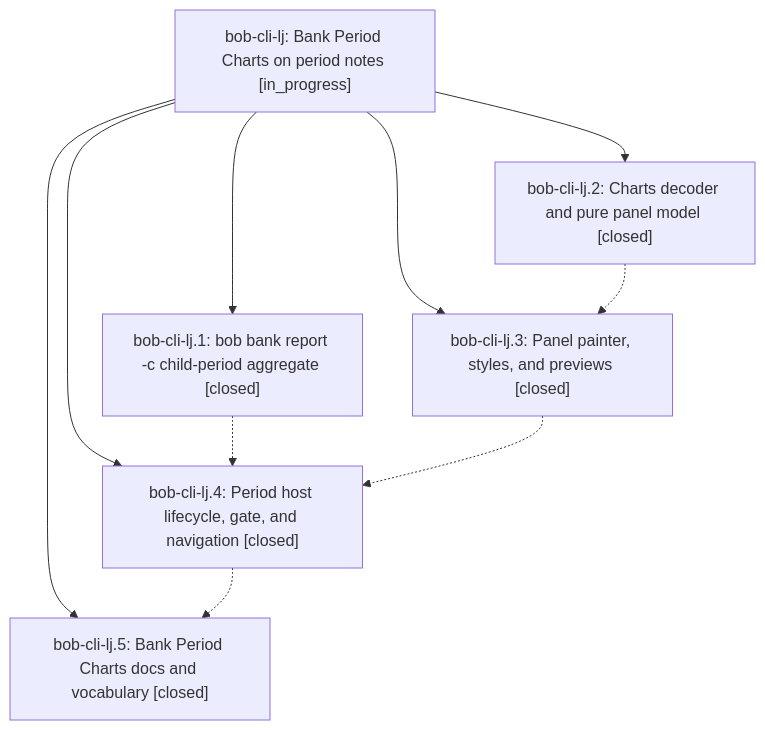
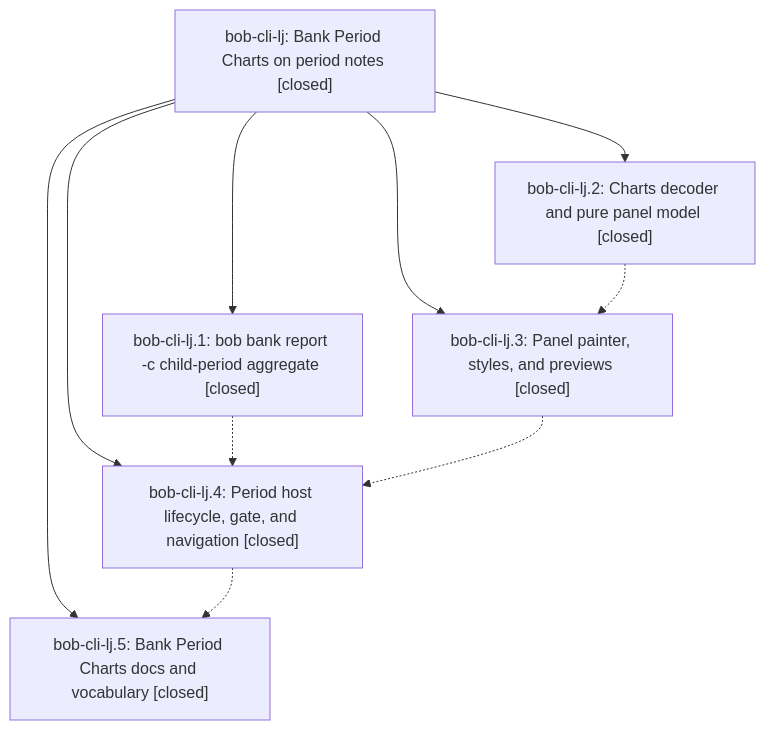
One commit to bobs-org/bob-cli--beads changed the diagram in pages/bob-cli-lj/README.md. Above: the diagram before and after it, drawn with Mermaid. The commit also changed other lines of this file and 1 other file, not shown here.

First line of the commit message:
chore(beads): sync bead state and pages for bob-cli-lj

````diff
--- a/pages/bob-cli-lj/README.md
+++ b/pages/bob-cli-lj/README.md
@@ -40,18 +48,18 @@
 ```mermaid
 flowchart TD
-    n0["bob-cli-lj: Bank Period Charts on period notes [in_progress]"]
+    n0["bob-cli-lj: Bank Period Charts on period notes [closed]"]
     n1["bob-cli-lj.1: bob bank report -c child-period aggregate [closed]"]
     n2["bob-cli-lj.2: Charts decoder and pure panel model [closed]"]
     n3["bob-cli-lj.3: Panel painter, styles, and previews [closed]"]
     n4["bob-cli-lj.4: Period host lifecycle, gate, and navigation [closed]"]
     n5["bob-cli-lj.5: Bank Period Charts docs and vocabulary [closed]"]
     n0 --> n1
     n0 --> n2
     n0 --> n3
     n0 --> n4
     n0 --> n5
     n1 -.-> n4
     n2 -.-> n3
     n3 -.-> n4
     n4 -.-> n5
 ```
````
